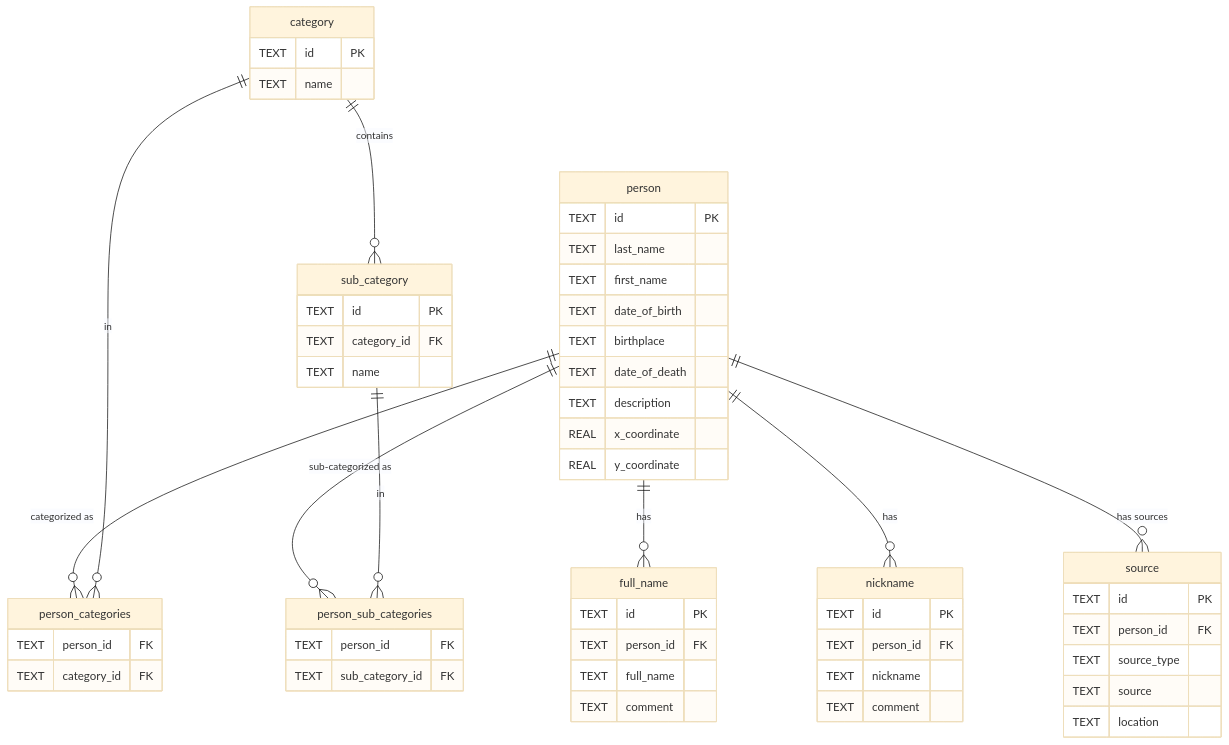
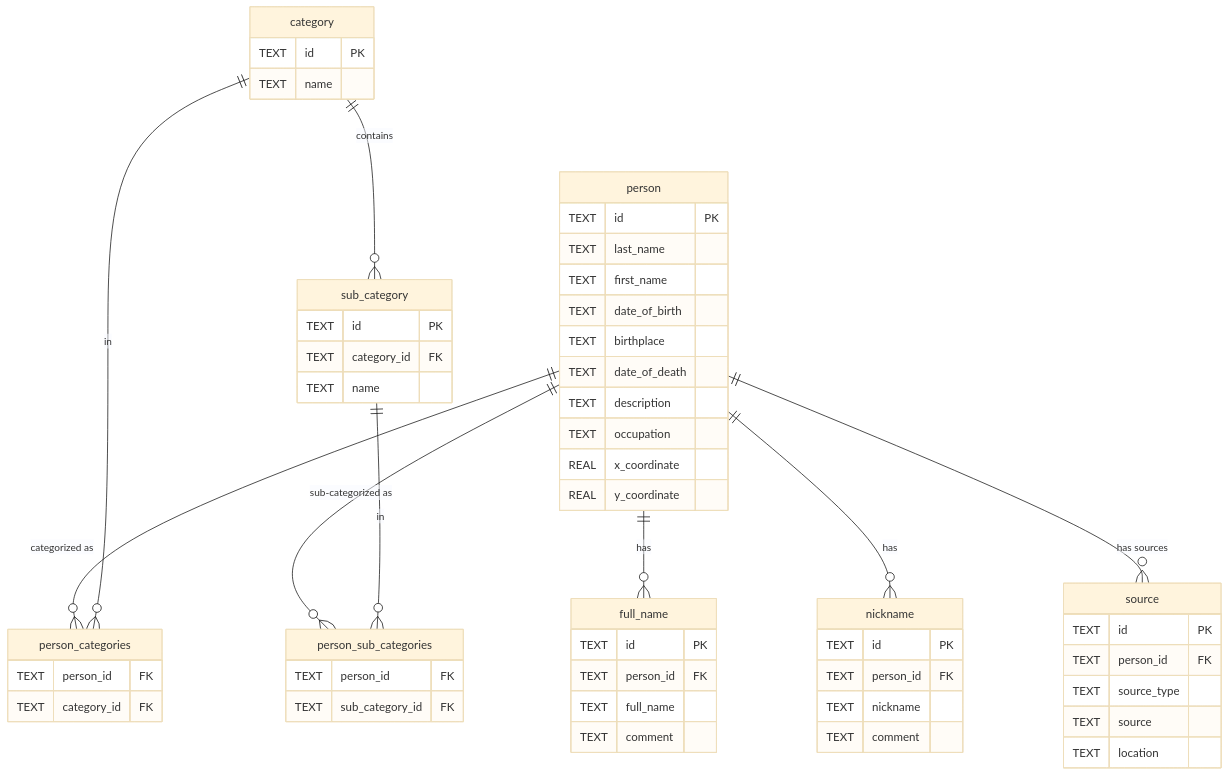
Before and after one commit to mikro-orm/guide: the diagram in README.md, drawn with Mermaid (base theme). The commit also changed 6 other files, not shown here.

````diff
--- a/README.md
+++ b/README.md
@@ -108,69 +108,70 @@
 ```mermaid
 erDiagram
     person {
         TEXT id PK
         TEXT last_name
         TEXT first_name
         TEXT date_of_birth
         TEXT birthplace
         TEXT date_of_death
         TEXT description
+        TEXT occupation
         REAL x_coordinate
         REAL y_coordinate
     }
 
     full_name {
         TEXT id PK
         TEXT person_id FK
         TEXT full_name
         TEXT comment
     }
 
     nickname {
         TEXT id PK
         TEXT person_id FK
         TEXT nickname
         TEXT comment
     }
 
     category {
         TEXT id PK
         TEXT name
     }
 
     sub_category {
         TEXT id PK
         TEXT category_id FK
         TEXT name
     }
 
     person_categories {
         TEXT person_id FK
         TEXT category_id FK
     }
 
     person_sub_categories {
         TEXT person_id FK
         TEXT sub_category_id FK
     }
 
     source {
         TEXT id PK
         TEXT person_id FK
         TEXT source_type
         TEXT source
         TEXT location
     }
 
 %% Relationships
     person ||--o{ full_name: "has"
     person ||--o{ nickname: "has"
     person ||--o{ person_categories: "categorized as"
     person ||--o{ person_sub_categories: "sub-categorized as"
     person ||--o{ source: "has sources"
 
     category ||--o{ person_categories: "in"
     sub_category ||--o{ person_sub_categories: "in"
 
     category ||--o{ sub_category: "contains"
 ```
````
